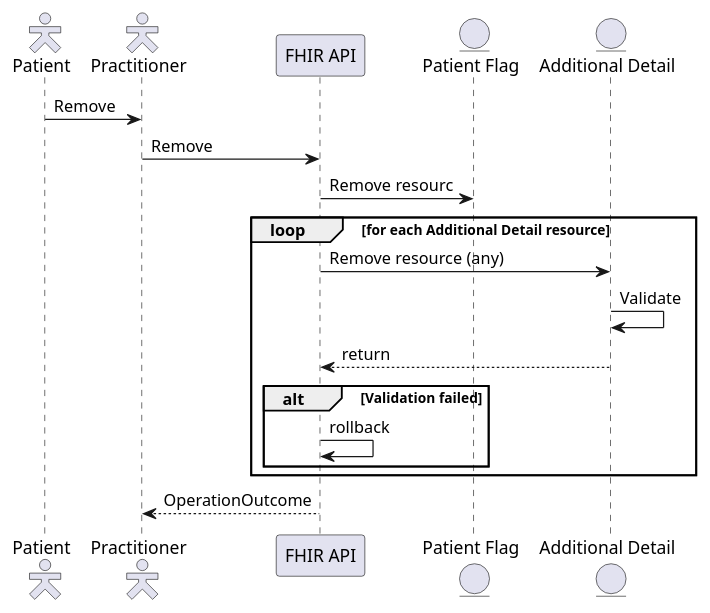
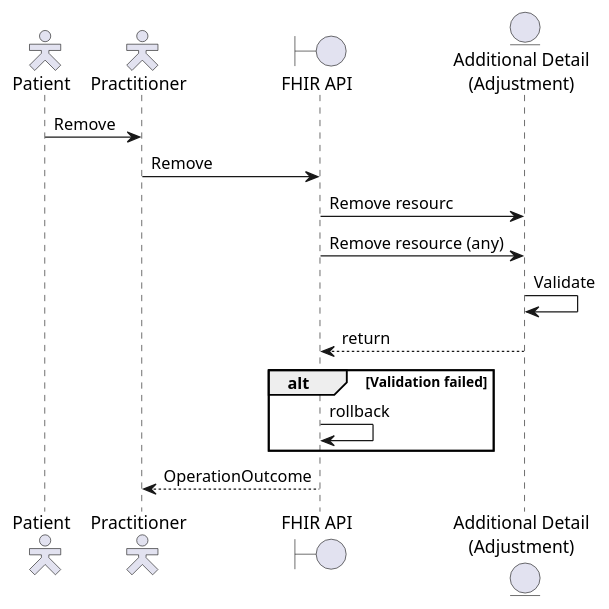
The diagram in input/images-source/remove-ra-sequence.plantuml (NHSDigital/ra-sandbox), drawn with PlantUML before and after one commit. The commit also changed 7 other files, not shown here.

```diff
--- a/input/images-source/remove-ra-sequence.plantuml
+++ b/input/images-source/remove-ra-sequence.plantuml
@@ -1,27 +1,23 @@
 @startuml
 
 skinparam actorStyle hollow
 
 actor        "Patient"          as pat
 actor        "Practitioner"     as pra
-participant  "FHIR API"         as api
-entity       "Patient Flag"     as pfg
-entity       "Additional Detail"  as add
+boundary     "FHIR API"         as api
+entity       "Additional Detail\n(Adjustment)"  as add
 
   pat ->  pra : Remove
   pra ->  api : Remove
-  api ->  pfg : Remove resourc
+  api ->  add : Remove resourc
   
-
-loop for each Additional Detail resource
   api ->  add : Remove resource (any)
   add ->  add : Validate
   api <-- add : return
   alt Validation failed
     api -> api : rollback
   end
-end
 
 pra <-- api : OperationOutcome
 
 @enduml
```
